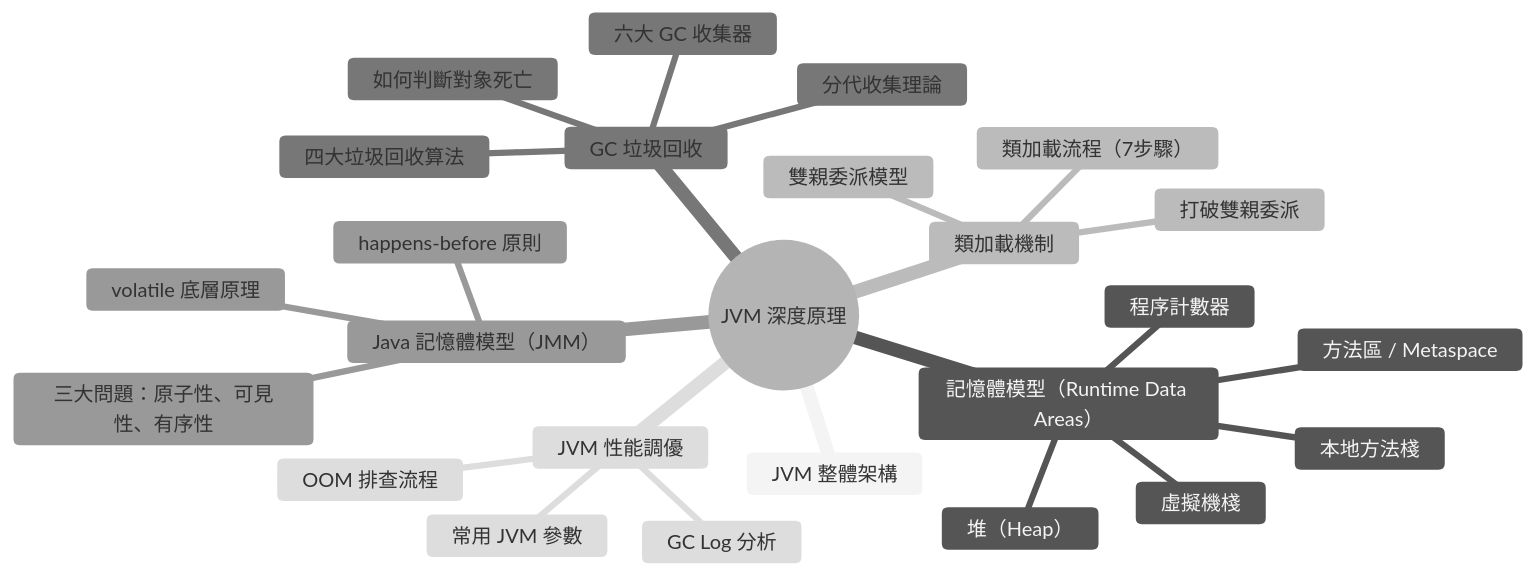
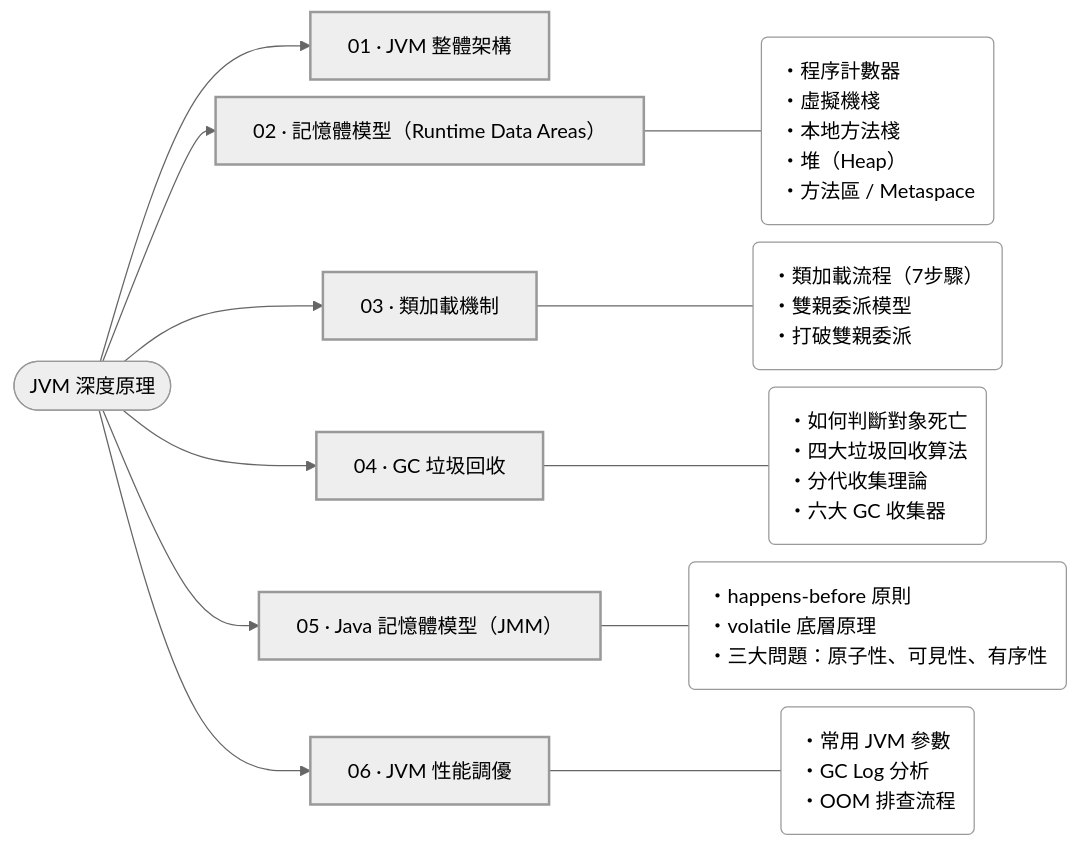
The first of 2 diagrams in docs/java/jvm/index.md (AnthonyFuFu/StudyNotes), drawn with Mermaid (neutral theme) before and after one commit. The commit also changed other lines of this file and 43 other files, not shown here.

````diff
--- a/docs/java/jvm/index.md
+++ b/docs/java/jvm/index.md
@@ -13,28 +13,31 @@
 ``` mermaid
-mindmap
-  root((JVM 深度原理))
-    JVM 整體架構
-    記憶體模型（Runtime Data Areas）
-      程序計數器
-      虛擬機棧
-      本地方法棧
-      堆（Heap）
-      方法區 / Metaspace
-    類加載機制
-      類加載流程（7步驟）
-      雙親委派模型
-      打破雙親委派
-    GC 垃圾回收
-      如何判斷對象死亡
-      四大垃圾回收算法
-      分代收集理論
-      六大 GC 收集器
-    Java 記憶體模型（JMM）
-      happens-before 原則
-      volatile 底層原理
-      三大問題：原子性、可見性、有序性
-    JVM 性能調優
-      常用 JVM 參數
-      GC Log 分析
-      OOM 排查流程
+%%{init: {"flowchart": {"nodeSpacing": 14, "rankSpacing": 36, "wrappingWidth": 420}}}%%
+flowchart LR
+    R(["JVM 深度原理"])
+    c0["01 · JVM 整體架構"]
+    R --> c0
+    c1["02 · 記憶體模型（Runtime Data Areas）"]
+    R --> c1
+    p1("・程序計數器<br>・虛擬機棧<br>・本地方法棧<br>・堆（Heap）<br>・方法區 / Metaspace")
+    c1 --- p1
+    c2["03 · 類加載機制"]
+    R --> c2
+    p2("・類加載流程（7步驟）<br>・雙親委派模型<br>・打破雙親委派")
+    c2 --- p2
+    c3["04 · GC 垃圾回收"]
+    R --> c3
+    p3("・如何判斷對象死亡<br>・四大垃圾回收算法<br>・分代收集理論<br>・六大 GC 收集器")
+    c3 --- p3
+    c4["05 · Java 記憶體模型（JMM）"]
+    R --> c4
+    p4("・happens-before 原則<br>・volatile 底層原理<br>・三大問題：原子性、可見性、有序性")
+    c4 --- p4
+    c5["06 · JVM 性能調優"]
+    R --> c5
+    p5("・常用 JVM 參數<br>・GC Log 分析<br>・OOM 排查流程")
+    c5 --- p5
+    classDef chapter stroke-width:2px
+    classDef points fill:transparent,text-align:left
+    class c0,c1,c2,c3,c4,c5 chapter
+    class p1,p2,p3,p4,p5 points
 ```
````
